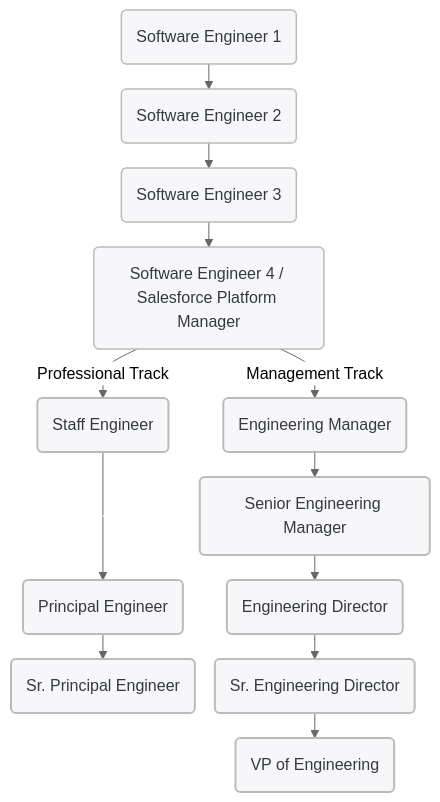
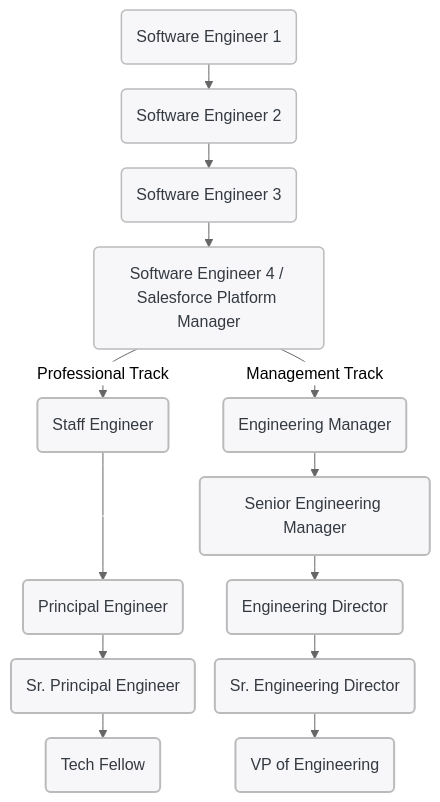
The diagram in index.md (invitation-homes/career-progression-framework), drawn with Mermaid before and after one commit. The commit also changed 2 other files, not shown here.

Commit message:
docs: Add Tech Fellow

```diff
--- a/index.md
+++ b/index.md
@@ -23,67 +23,71 @@
 <div class="mermaid" style="text-align: center;">
 ---
 config:
   theme: neutral
   flowchart:
     curve: monotoneY
     nodeSpacing: 20
     rankSpacing: 25
   layout: fixed
 ---
 flowchart TD
     SE1["Software Engineer 1"] --> SE2["Software Engineer 2"]
     SE2 --> SE3["Software Engineer 3"]
     SE3 --> SE4["Software Engineer 4 / Salesforce Platform Manager"]
     SE4 -- Professional Track --> Staff["Staff Engineer"]
     SE4 -- Management Track --> EM["Engineering Manager"]
     Staff --- Dummy[ ]
     Dummy --> Principal["Principal Engineer"]
     Principal --> SrPrincipal["Sr. Principal Engineer"]
+    SrPrincipal --> TF["Tech Fellow"]
     EM --> SEM["Senior Engineering Manager"]
     SEM --> ED["Engineering Director"]
     ED --> SED["Sr. Engineering Director"]
     SED --> VP["VP of Engineering"]
     SE1@{ shape: rounded}
     SE2@{ shape: rounded}
     SE3@{ shape: rounded}
     SE4@{ shape: rounded}
     Staff@{ shape: rounded}
     EM@{ shape: rounded}
     SEM@{ shape: rounded}
     Principal@{ shape: rounded}
     SrPrincipal@{ shape: rounded}
+    TF@{ shape: rounded}
     ED@{ shape: rounded}
     SED@{ shape: rounded}
     VP@{ shape: rounded}
      SE1:::normNode
      SE2:::normNode
      SE3:::normNode
      SE4:::normNode
      Staff:::eng
      EM:::mgr
      SEM:::mgr
      Principal:::eng
      SrPrincipal:::exec
+     TF:::exec
      ED:::mgr
      SED:::exec
      VP:::exec
      Dummy:::dummy
     classDef eng fill:#f7f7fa,stroke:#bbb,stroke-width:2px,color:#343a40
     classDef mgr fill:#f7f7fa,stroke:#bbb,stroke-width:2px,color:#343a40
     classDef exec fill:#f7f7fa,stroke:#bbb,stroke-width:2px,color:#343a40
     classDef normNode fill:#f7f7fa,stroke:#bbb,stroke-width:1.5px,color:#343a40
     classDef dummy style X width:1px,height:1px,fill:transparent,stroke:transparent 
     click SE1 "./software_engineer_I" _blank
     click SE2 "./software_engineer_II" _blank
     click SE3 "./software_engineer_III" _blank
     click SE4 "./software_engineer_IV" _blank
     click Staff "./staff_engineer" _blank
     click Principal "./principal_engineer" _blank
     click SrPrincipal "./sr_principal_engineer" _blank
+    click TF "./tech_fellow" _blank
     click EM "./engineering_manager" _blank
     click SEM "./senior_engineering_manager" _blank
     click ED "./director_of_engineering" _blank
     click SED "./sr_director_of_engineering" _blank
     click VP "./vp_of_engineering" _blank
 
 </div>
```
